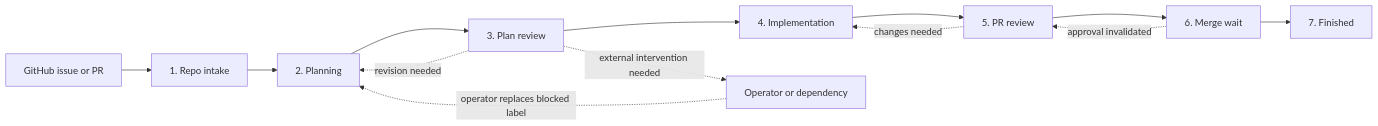
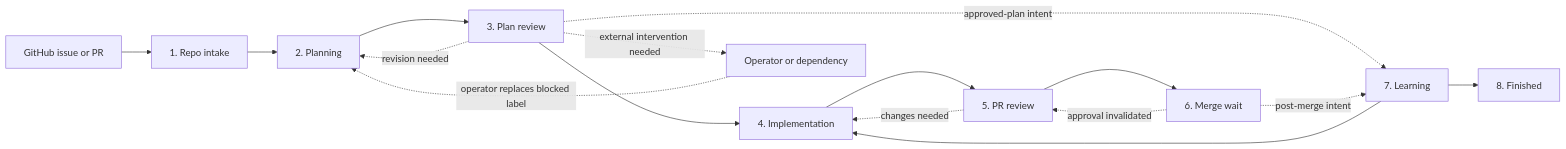
Before and after one commit to HomericIntelligence/Hephaestus: the second of 16 diagrams in docs/architecture.md, drawn with Mermaid. The commit also changed other lines of this file and 60 other files, not shown here.

````diff
--- a/docs/architecture.md
+++ b/docs/architecture.md
@@ -653,16 +664,19 @@
 ```mermaid
 flowchart LR
     GH["GitHub issue or PR"] --> R["1. Repo intake"]
     R --> P["2. Planning"]
     P --> V["3. Plan review"]
     V --> I["4. Implementation"]
     I --> Q["5. PR review"]
     Q --> M["6. Merge wait"]
-    M --> F["7. Finished"]
+    V -. "approved-plan intent" .-> L["7. Learning"]
+    M -. "post-merge intent" .-> L
+    L --> I
+    L --> F["8. Finished"]
 
     V -. "revision needed" .-> P
     V -. "external intervention needed" .-> H["Operator or dependency"]
     H -. "operator replaces blocked label" .-> P
     Q -. "changes needed" .-> I
     M -. "approval invalidated" .-> Q
 ```
````
